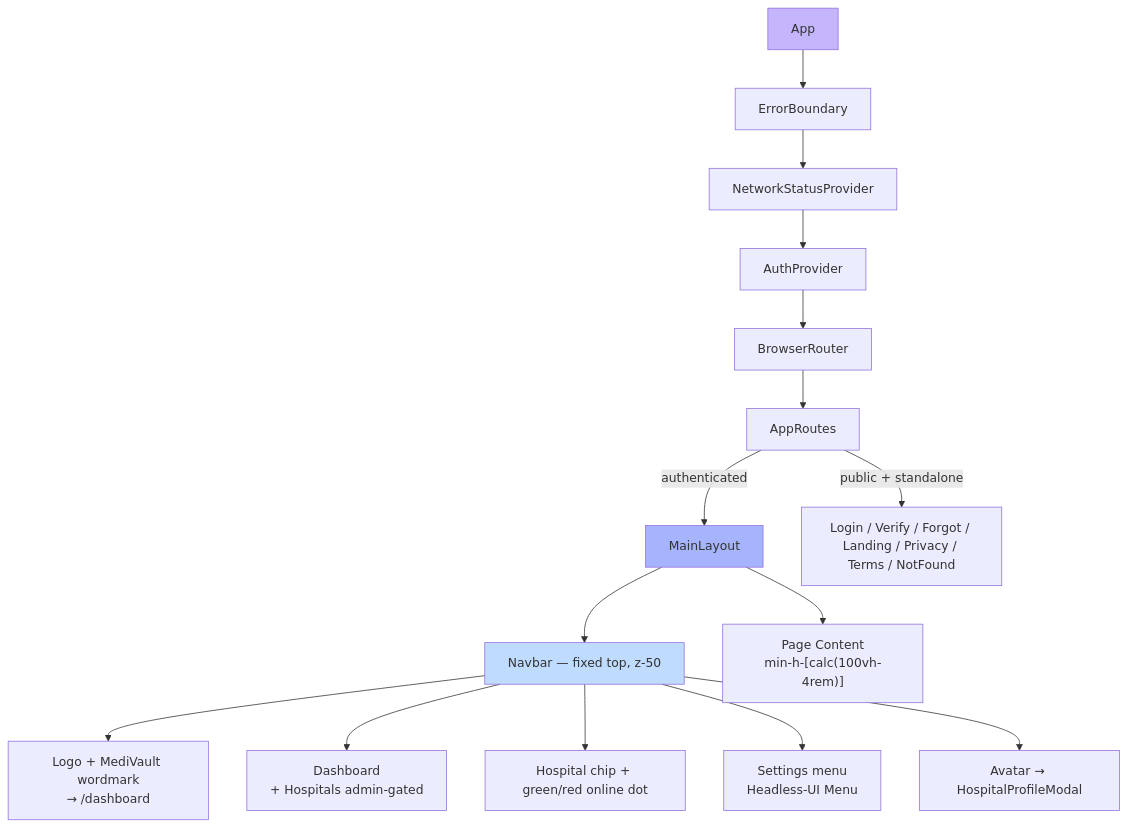
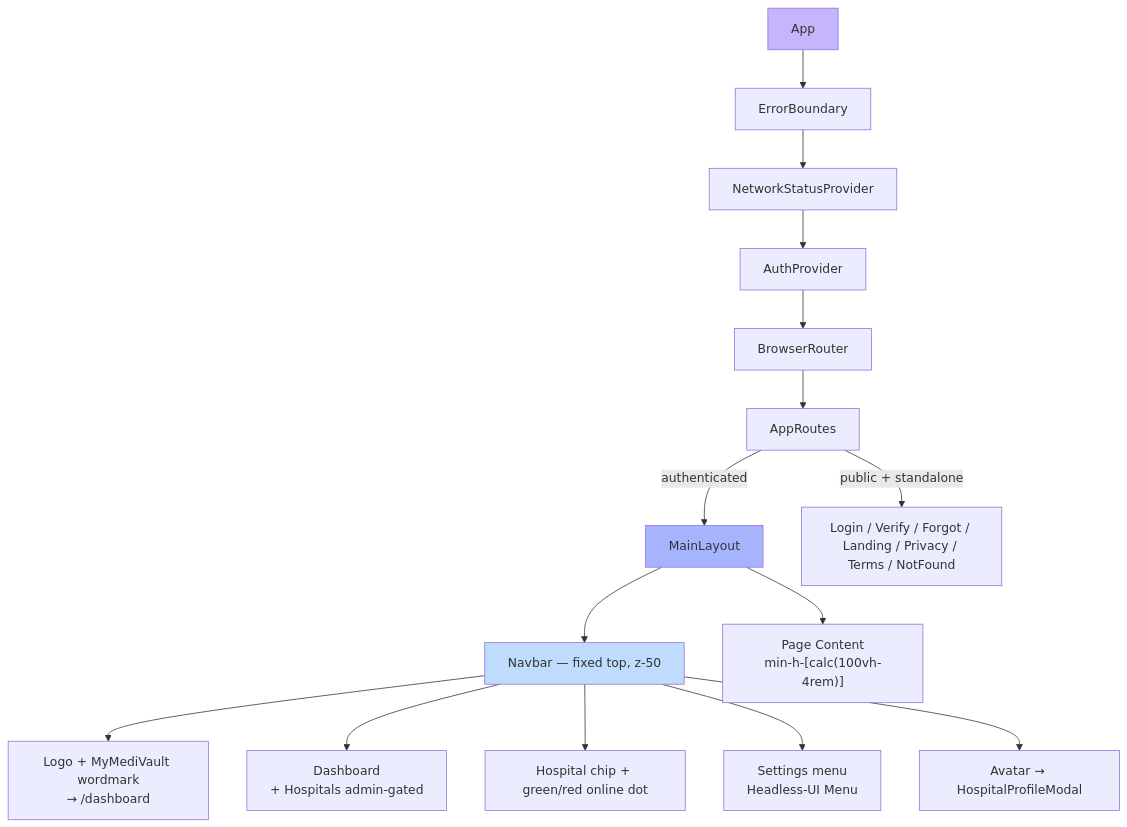
One commit to urvagandhi/Hospital-Management changed the third of 5 diagrams in frontend/README.md. Above: the diagram before and after it, drawn with Mermaid. The commit also changed other lines of this file and 74 other files, not shown here.

Commit message:
chore: rebrand platform from MediVault to MyMediVault across all documentation, frontend components, and backend configurations.

````diff
--- a/frontend/README.md
+++ b/frontend/README.md
@@ -84,23 +84,23 @@
 ```mermaid
 graph TD
     APP[App] --> EB[ErrorBoundary]
     EB --> NSP[NetworkStatusProvider]
     NSP --> AUTHP[AuthProvider]
     AUTHP --> ROUTER[BrowserRouter]
 
     ROUTER --> ROUTES[AppRoutes]
     ROUTES -->|authenticated| ML[MainLayout]
     ROUTES -->|public + standalone| BARE["Login / Verify / Forgot / Landing / Privacy / Terms / NotFound"]
     ML --> NAV["Navbar — fixed top, z-50"]
     ML --> OUTLET["Page Content<br/>min-h-[calc(100vh-4rem)]"]
 
-    NAV --> BRAND["Logo + MediVault wordmark<br/>→ /dashboard"]
+    NAV --> BRAND["Logo + MyMediVault wordmark<br/>→ /dashboard"]
     NAV --> LINKS["Dashboard<br/>+ Hospitals admin-gated"]
     NAV --> CHIP["Hospital chip + green/red online dot"]
     NAV --> GEAR["Settings menu<br/>Headless-UI Menu"]
     NAV --> AVATAR["Avatar → HospitalProfileModal"]
 
     style APP fill:#c4b5fd
     style ML fill:#a5b4fc
     style NAV fill:#bfdbfe
 ```
````
